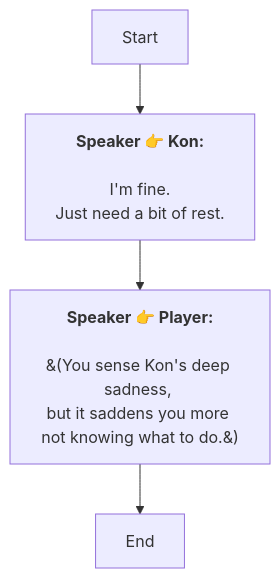
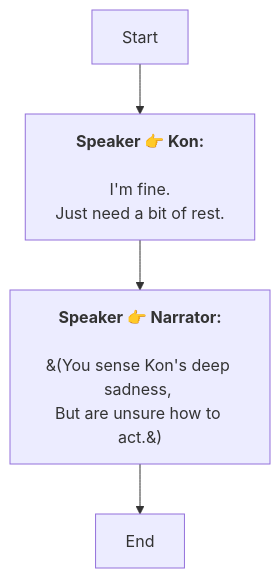
One commit to SoftHu/tos_avg changed the diagram in En/AddDialogNode_1738551309133086.md. Above: the diagram before and after it, drawn with Mermaid. The commit also changed 312 other files, not shown here.

````diff
--- a/En/AddDialogNode_1738551309133086.md
+++ b/En/AddDialogNode_1738551309133086.md
@@ -1,13 +1,13 @@
 ```mermaid
 graph
 Start -->1738551382236449[<b>Speaker 👉 Kon:</b>
 
 I'm fine.
 Just need a bit of rest.]
-1738551382236449 -->1738551568188707[<b>Speaker 👉 Player:</b>
+1738551382236449 -->1738551568188707[<b>Speaker 👉 Narrator:</b>
 
 &#40;You sense Kon's deep sadness, 
-but it saddens you more not knowing what to do.&#41;]
+But are unsure how to act.&#41;]
 1738551568188707 -->1738551384198434[End]
 
  ```
````
